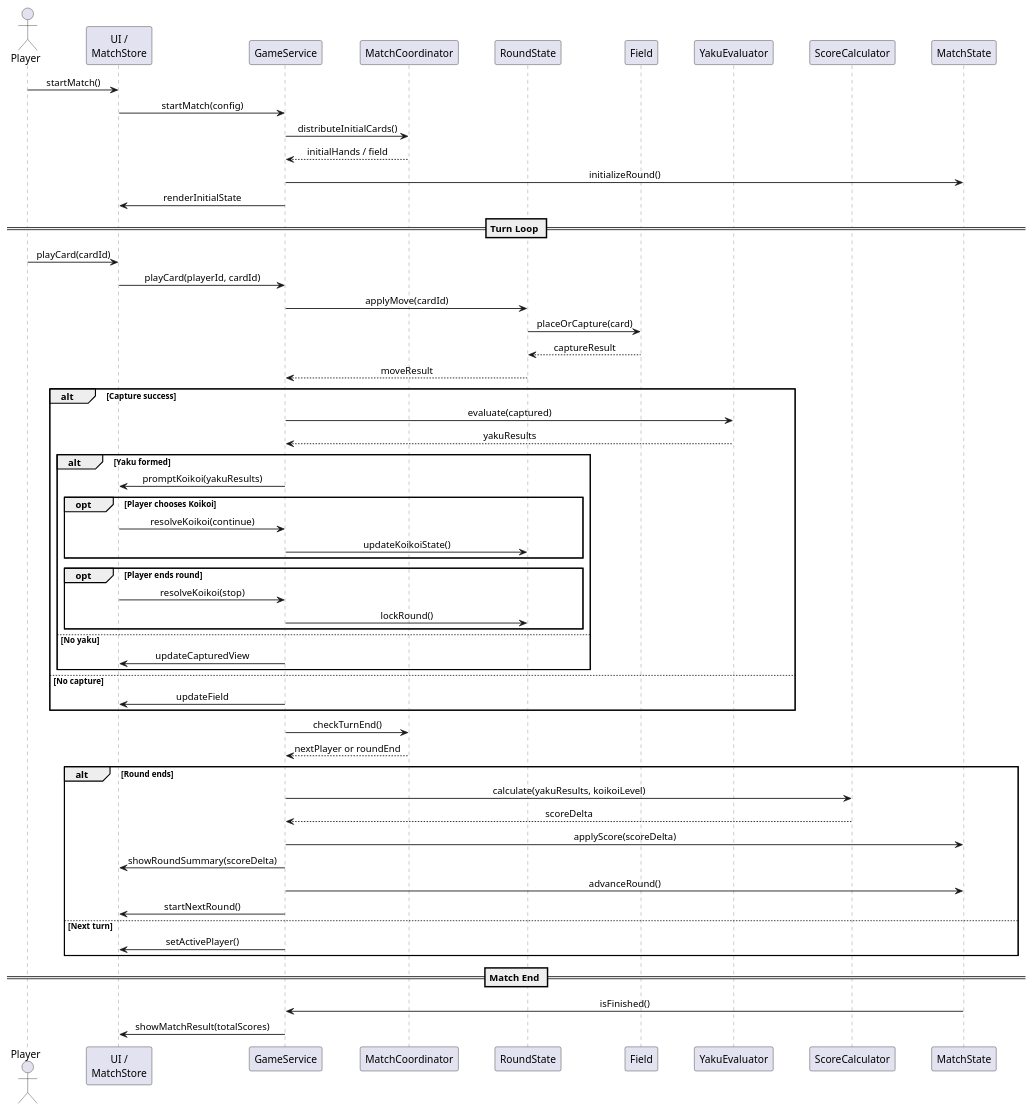
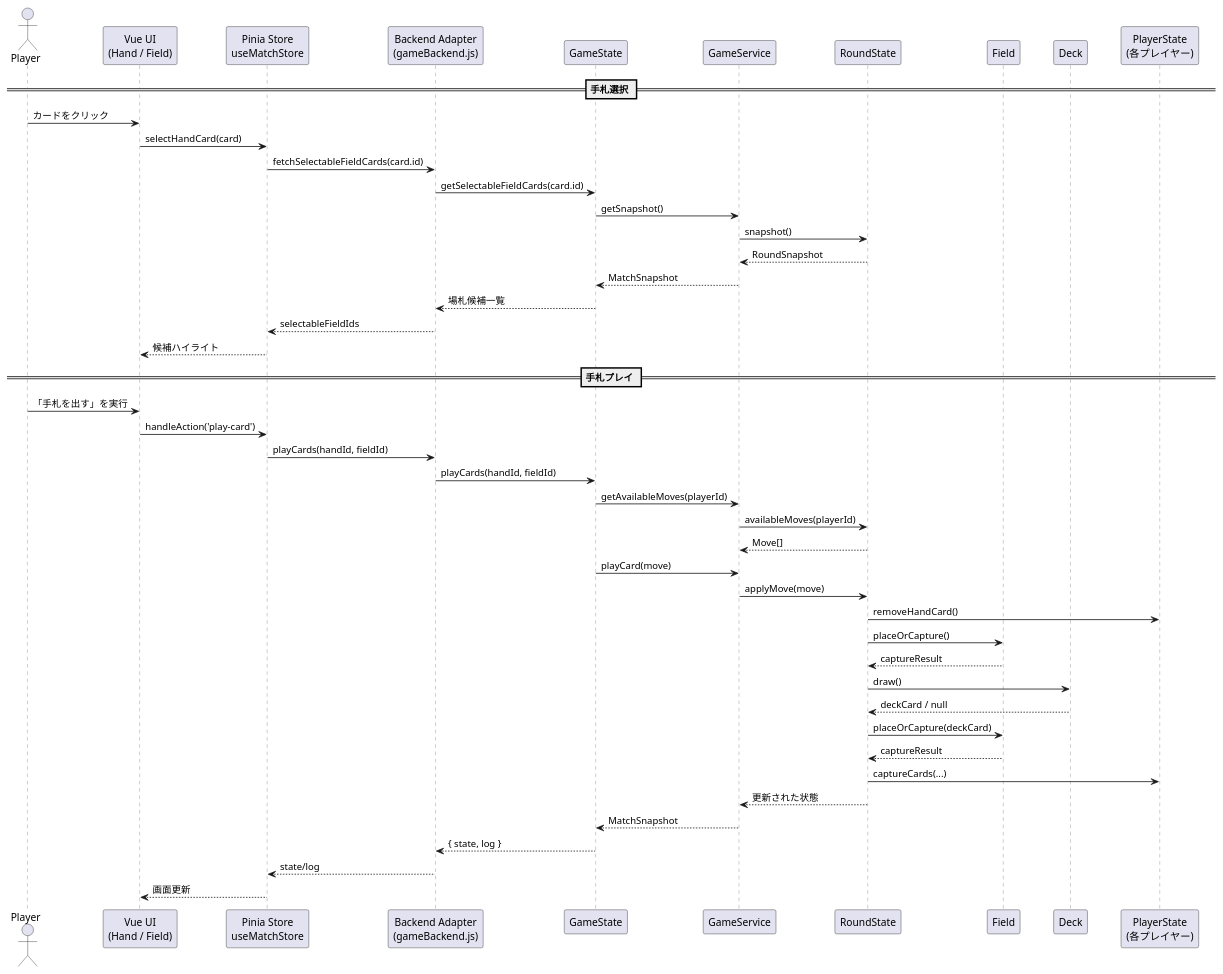
One commit to nagato0614/hanafuda.io changed the diagram in spec/game_flow.md. Above: the diagram before and after it, drawn with PlantUML. The commit also changed other lines of this file and 2 other files, not shown here.

Commit message:
📝 ドキュメント更新: ゲームフローとタスク仕様を最新の実装に合わせて整理

````diff
--- a/spec/game_flow.md
+++ b/spec/game_flow.md
@@ -5,74 +5,60 @@
 ```plantuml
-@startuml GameFlow
+@startuml CurrentPlayFlow
 skinparam backgroundColor #ffffff
-skinparam defaultTextAlignment center
-skinparam participantPadding 20
 skinparam shadowing false
-skinparam ArrowThickness 1.2
-skinparam SequenceLifeLineBorderColor #777777
-skinparam SequenceLifeLineBackgroundColor #f9f9f9
+skinparam ParticipantPadding 18
+skinparam sequence {
+  ArrowThickness 1.1
+  LifeLineBorderColor #777777
+  LifeLineBackgroundColor #f9f9f9
+}
 
-actor Player as P
-participant "UI /\nMatchStore" as UI
-participant GameService as GS
-participant MatchCoordinator as MC
-participant RoundState as RS
-participant Field as FD
-participant YakuEvaluator as YE
-participant ScoreCalculator as SC
-participant MatchState as MS
+actor Player
+participant "Vue UI\n(Hand / Field)" as UI
+participant "Pinia Store\nuseMatchStore" as Store
+participant "Backend Adapter\n(gameBackend.js)" as Backend
+participant GameState as GS
+participant GameService as Service
+participant RoundState as Round
+participant Field
+participant Deck
+participant "PlayerState\n(各プレイヤー)" as PState
 
-P -> UI : startMatch()
-UI -> GS : startMatch(config)
-GS -> MC : distributeInitialCards()
-MC --> GS : initialHands / field
-GS -> MS : initializeRound()
-GS -> UI : renderInitialState
+== 手札選択 ==
+Player -> UI : カードをクリック
+UI -> Store : selectHandCard(card)
+Store -> Backend : fetchSelectableFieldCards(card.id)
+Backend -> GS : getSelectableFieldCards(card.id)
+GS -> Service : getSnapshot()
+Service -> Round : snapshot()
+Round --> Service : RoundSnapshot
+Service --> GS : MatchSnapshot
+GS --> Backend : 場札候補一覧
+Backend --> Store : selectableFieldIds
+Store --> UI : 候補ハイライト
 
-== Turn Loop ==
-P -> UI : playCard(cardId)
-UI -> GS : playCard(playerId, cardId)
-GS -> RS : applyMove(cardId)
-RS -> FD : placeOrCapture(card)
-FD --> RS : captureResult
-RS --> GS : moveResult
-
-alt Capture success
-  GS -> YE : evaluate(captured)
-  YE --> GS : yakuResults
-  alt Yaku formed
-    GS -> UI : promptKoikoi(yakuResults)
-    opt Player chooses Koikoi
-      UI -> GS : resolveKoikoi(continue)
-      GS -> RS : updateKoikoiState()
-    end
-    opt Player ends round
-      UI -> GS : resolveKoikoi(stop)
-      GS -> RS : lockRound()
-    end
-  else No yaku
-    GS -> UI : updateCapturedView
-  end
-else No capture
-  GS -> UI : updateField
-end
-
-GS -> MC : checkTurnEnd()
-MC --> GS : nextPlayer or roundEnd
-
-alt Round ends
-  GS -> SC : calculate(yakuResults, koikoiLevel)
-  SC --> GS : scoreDelta
-  GS -> MS : applyScore(scoreDelta)
-  GS -> UI : showRoundSummary(scoreDelta)
-  GS -> MS : advanceRound()
-  GS -> UI : startNextRound()
-else Next turn
-  GS -> UI : setActivePlayer()
-end
-
-== Match End ==
-MS -> GS : isFinished()
-GS -> UI : showMatchResult(totalScores)
+== 手札プレイ ==
+Player -> UI : 「手札を出す」を実行
+UI -> Store : handleAction('play-card')
+Store -> Backend : playCards(handId, fieldId)
+Backend -> GS : playCards(handId, fieldId)
+GS -> Service : getAvailableMoves(playerId)
+Service -> Round : availableMoves(playerId)
+Round --> Service : Move[]
+GS -> Service : playCard(move)
+Service -> Round : applyMove(move)
+Round -> PState : removeHandCard()
+Round -> Field : placeOrCapture()
+Field --> Round : captureResult
+Round -> Deck : draw()
+Deck --> Round : deckCard / null
+Round -> Field : placeOrCapture(deckCard)
+Field --> Round : captureResult
+Round -> PState : captureCards(...)
+Round --> Service : 更新された状態
+Service --> GS : MatchSnapshot
+GS --> Backend : { state, log }
+Backend --> Store : state/log
+Store --> UI : 画面更新
 @enduml
 ```
````
